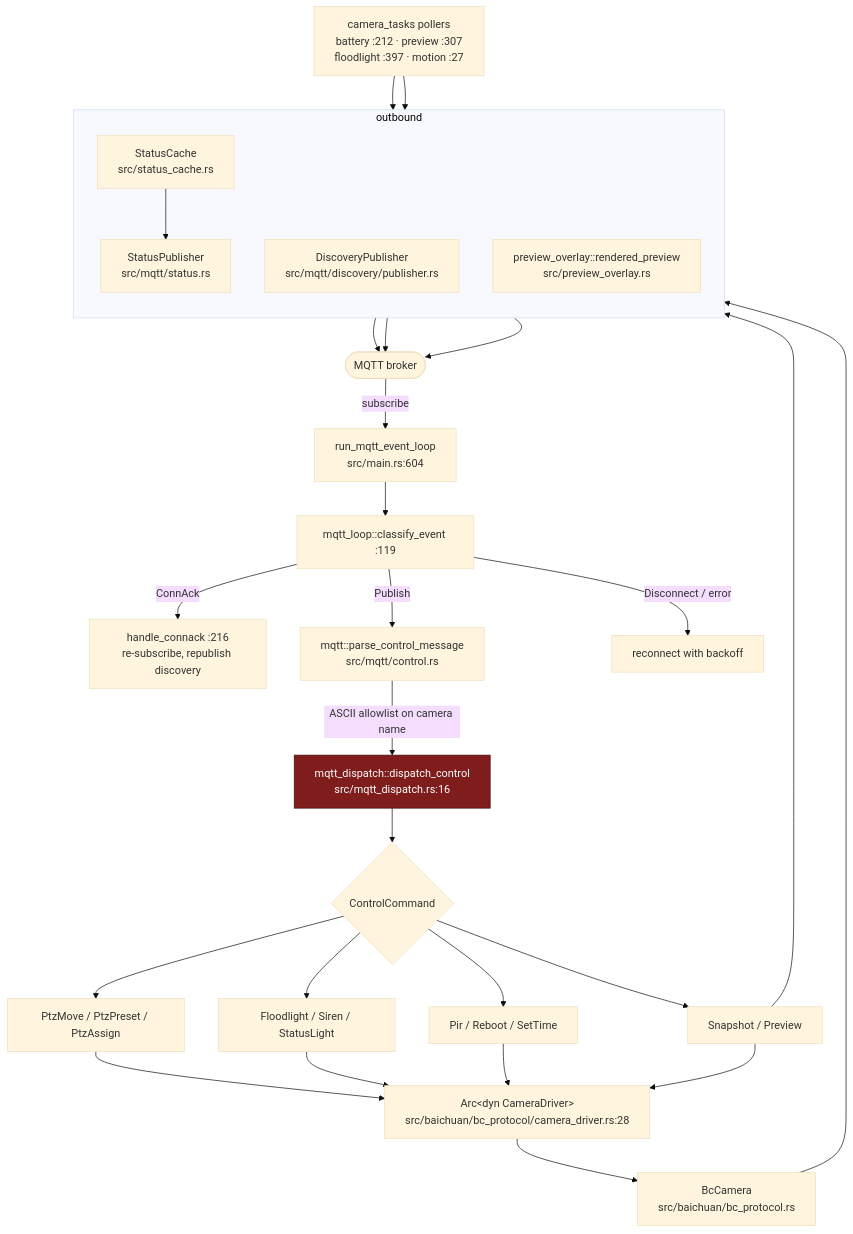
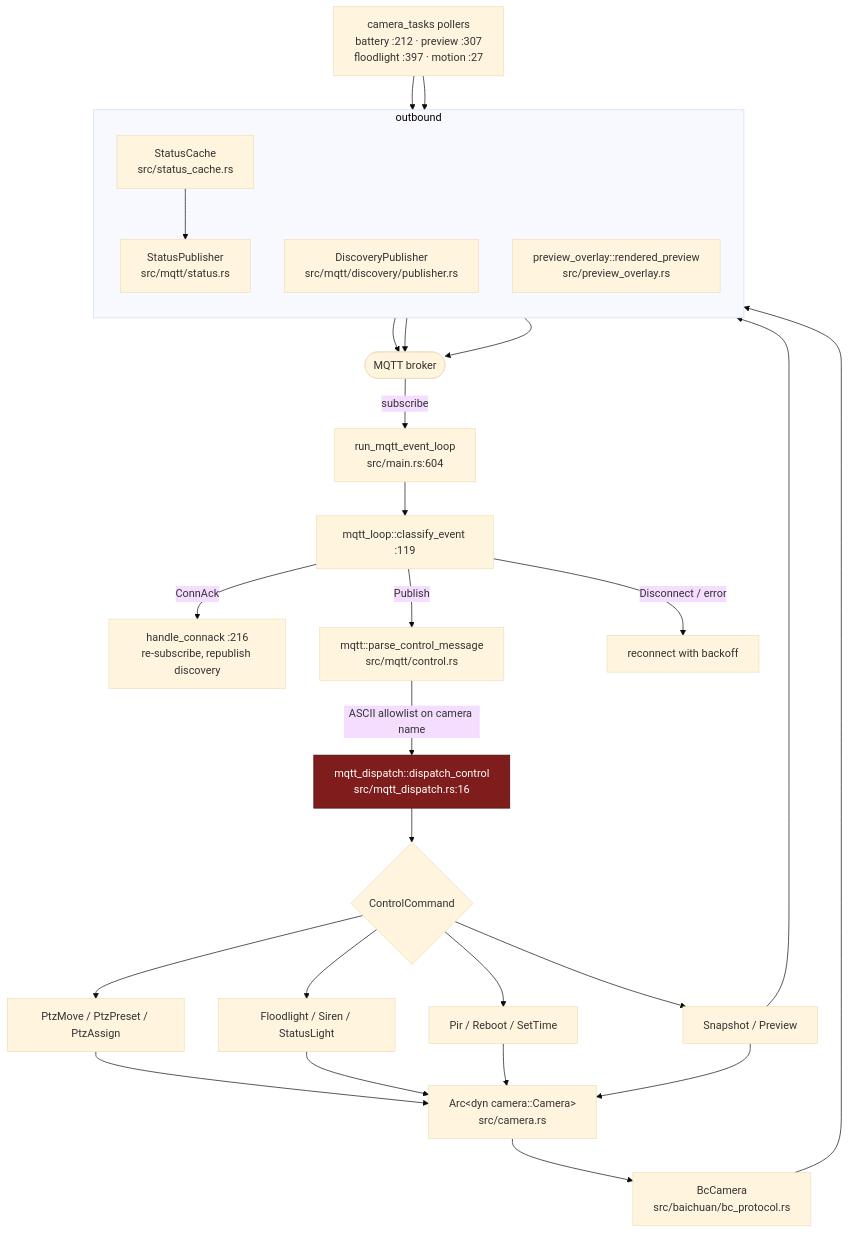
The eighth of 14 diagrams in docs/code-paths.md (hsoj/bairelay), drawn with Mermaid (base theme) before and after one commit. The commit also changed other lines of this file and 73 other files, not shown here.

````diff
--- a/docs/code-paths.md
+++ b/docs/code-paths.md
@@ -415,45 +415,45 @@
 ```mermaid
 flowchart TD
     BROKER([MQTT broker])
 
     BROKER -->|"subscribe"| EL["run_mqtt_event_loop<br/>src/main.rs:604"]
     EL --> CE["mqtt_loop::classify_event :119"]
 
     CE -->|"ConnAck"| CA["handle_connack :216<br/>re-subscribe, republish discovery"]
     CE -->|"Publish"| PC["mqtt::parse_control_message<br/>src/mqtt/control.rs"]
     CE -->|"Disconnect / error"| RC["reconnect with backoff"]
 
     PC -->|"ASCII allowlist on camera name"| DC["mqtt_dispatch::dispatch_control<br/>src/mqtt_dispatch.rs:16"]
 
     DC --> CMD{ControlCommand}
     CMD --> C1["PtzMove / PtzPreset / PtzAssign"]
     CMD --> C2["Floodlight / Siren / StatusLight"]
     CMD --> C3["Pir / Reboot / SetTime"]
     CMD --> C4["Snapshot / Preview"]
 
-    C1 --> DRV["Arc&lt;dyn CameraDriver&gt;<br/>src/baichuan/bc_protocol/camera_driver.rs:28"]
+    C1 --> DRV["Arc&lt;dyn camera::Camera&gt;<br/>src/camera.rs"]
     C2 --> DRV
     C3 --> DRV
     C4 --> DRV
 
     DRV --> BCC["BcCamera<br/>src/baichuan/bc_protocol.rs"]
 
     subgraph PUB ["outbound"]
         direction TB
         SP["StatusPublisher<br/>src/mqtt/status.rs"]
         DP["DiscoveryPublisher<br/>src/mqtt/discovery/publisher.rs"]
         SC["StatusCache<br/>src/status_cache.rs"]
         OV["preview_overlay::rendered_preview<br/>src/preview_overlay.rs"]
     end
 
     BCC --> SC --> SP --> BROKER
     DP --> BROKER
     OV --> BROKER
 
     POLL["camera_tasks pollers<br/>battery :212 · preview :307<br/>floodlight :397 · motion :27"] --> SC
     POLL --> OV
     C4 --> OV
 
     classDef issue fill:#7f1d1d,stroke:#450a0a,color:#fff
     class DC issue
 ```
````
